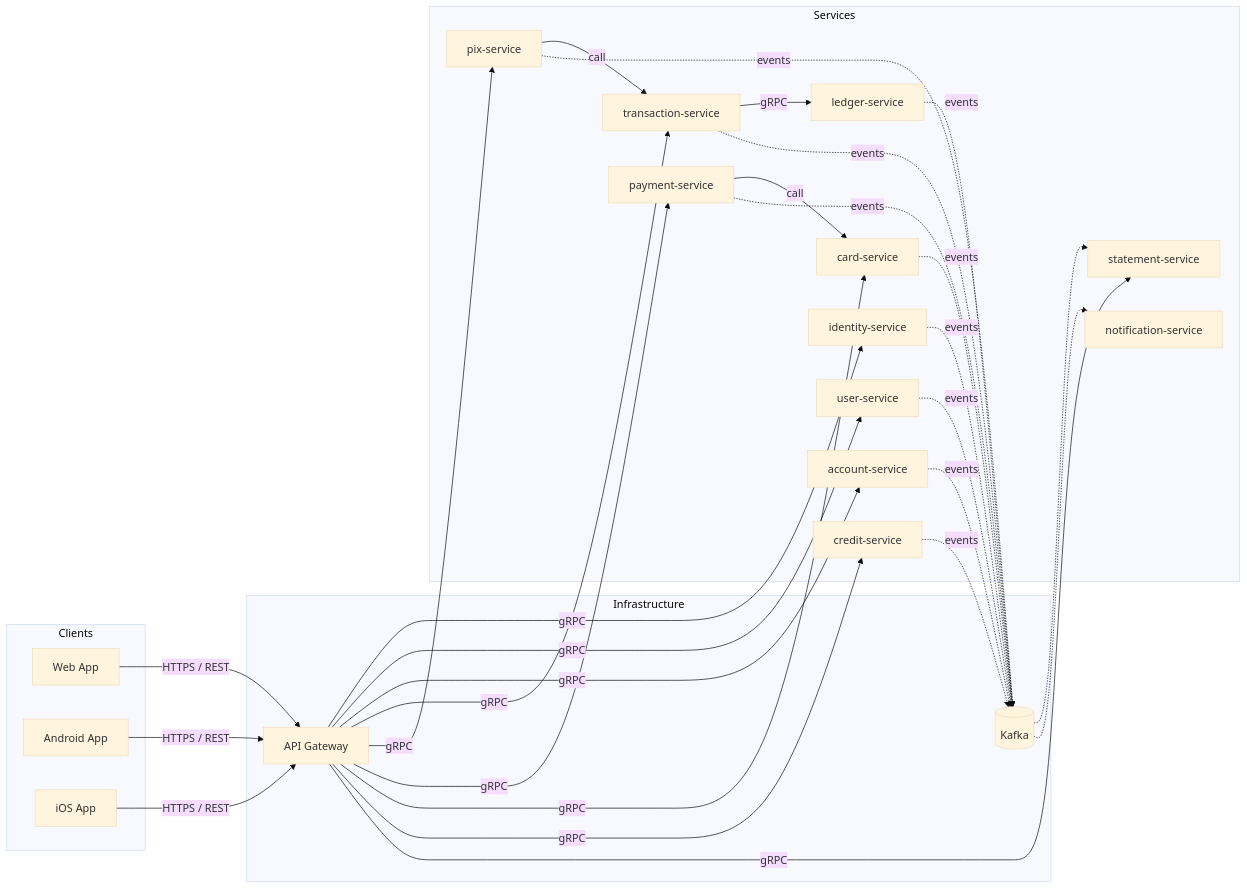
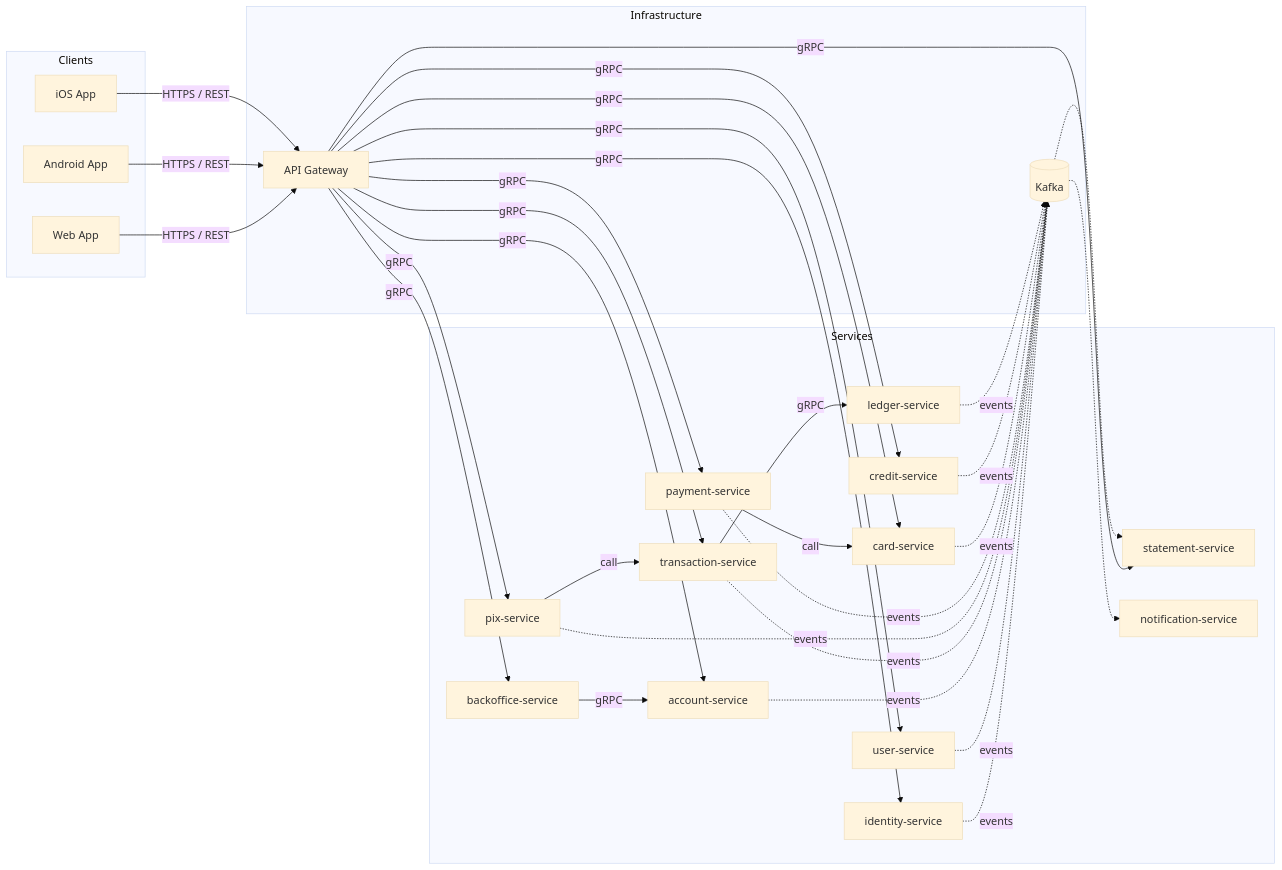
Before and after one commit to ViniciusMicarelli/digital-bank-platform: the diagram in docs/architecture/overview.md, drawn with Mermaid (base theme). The commit also changed other lines of this file and 50 other files, not shown here.

````diff
--- a/docs/architecture/overview.md
+++ b/docs/architecture/overview.md
@@ -65,46 +66,49 @@
 ```mermaid
 flowchart LR
     subgraph Clients
         WEB[Web App]
         AND[Android App]
         IOS[iOS App]
     end
 
     subgraph Infrastructure
         GW[API Gateway]
         BUS[(Kafka)]
     end
 
     subgraph Services
         IDN[identity-service]
         USR[user-service]
         ACC[account-service]
         TRX[transaction-service]
         LED[ledger-service]
         PIX[pix-service]
         PAY[payment-service]
         CRD[card-service]
         CRE[credit-service]
         STM[statement-service]
         NOT[notification-service]
+        BO[backoffice-service]
     end
 
     WEB & AND & IOS -->|HTTPS / REST| GW
     GW -->|gRPC| IDN
     GW -->|gRPC| USR
     GW -->|gRPC| ACC
     GW -->|gRPC| TRX
     GW -->|gRPC| PIX
     GW -->|gRPC| PAY
     GW -->|gRPC| CRD
     GW -->|gRPC| CRE
     GW -->|gRPC| STM
+    GW -->|gRPC| BO
+    BO -->|gRPC| ACC
 
     TRX -->|gRPC| LED
     PIX -->|call| TRX
     PAY -->|call| CRD
 
     IDN & USR & ACC & TRX & PIX & PAY & CRD & CRE & LED -.->|events| BUS
     BUS -.-> STM
     BUS -.-> NOT
 ```
````
